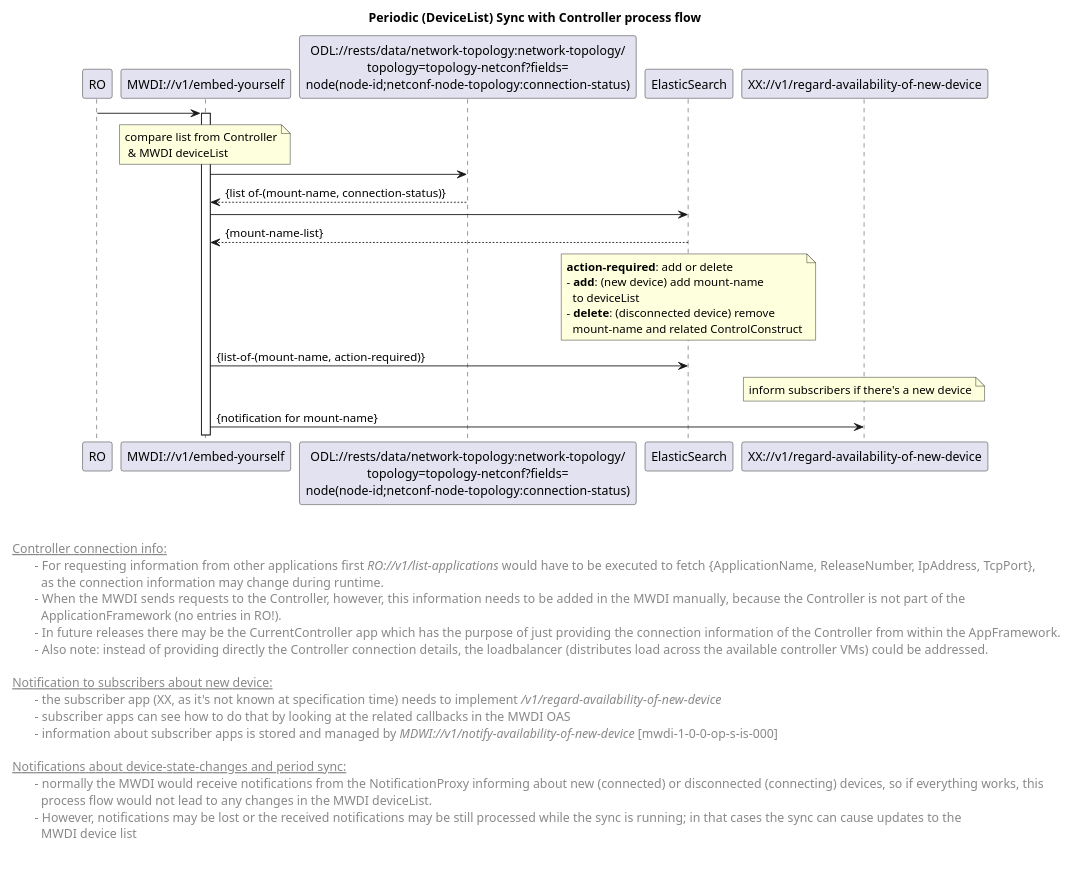
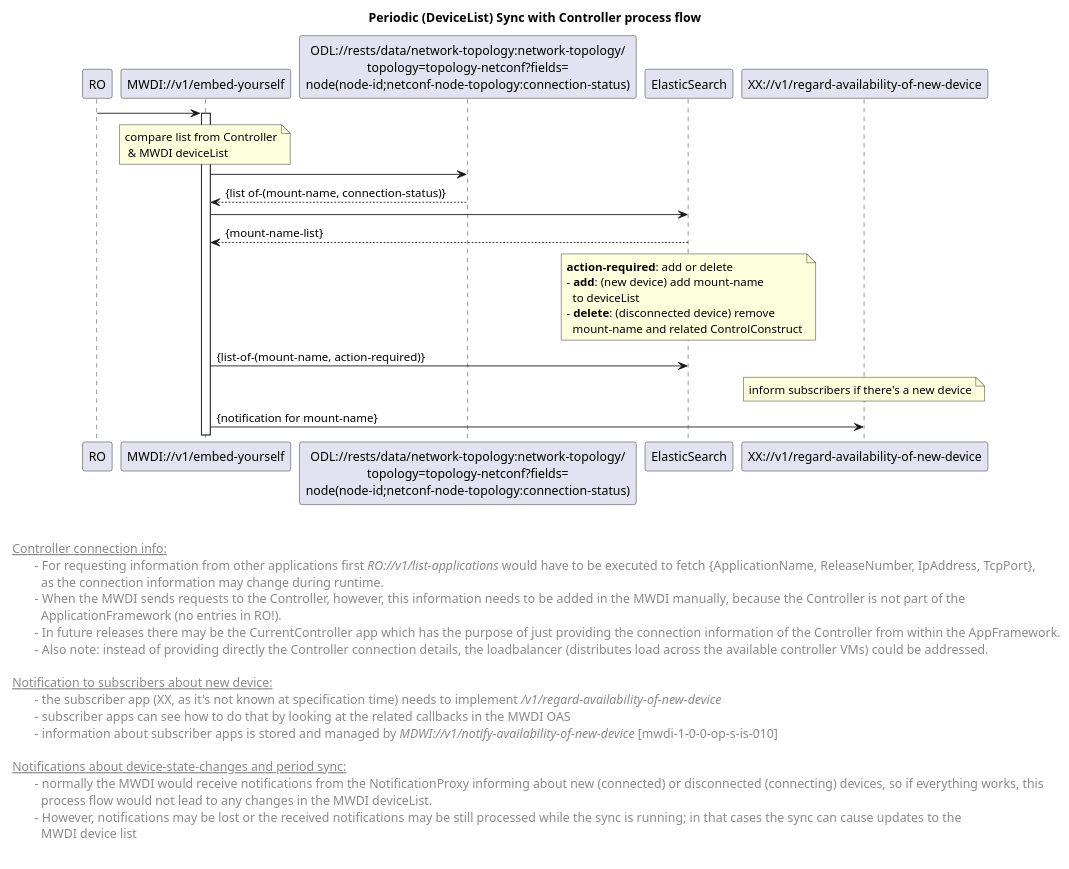
One commit to openBackhaul/MicroWaveDeviceInventory changed the diagram in spec/diagrams/01x_forwardingCyclicOperationDeviceListSync.plantuml. Above: the diagram before and after it, drawn with PlantUML. The commit also changed 7 other files, not shown here.

```diff
--- a/spec/diagrams/01x_forwardingCyclicOperationDeviceListSync.plantuml
+++ b/spec/diagrams/01x_forwardingCyclicOperationDeviceListSync.plantuml
@@ -1,81 +1,81 @@
 @startuml
 skinparam responseMessageBelowArrow true
 skinparam guillemet [ ]
 skinparam participant {
   StereotypeFontSize 12  
 }
 hide stereotype
 
 title  Periodic (DeviceList) Sync with Controller process flow
 
 
 'participants
 participant "RO" as ro
 participant "MWDI://v1/embed-yourself" as mwdi <<mwdi-1-0-0-op-s-bm-001>>
 participant "ODL://rests/data/network-topology:network-topology/\ntopology=topology-netconf?fields=\nnode(node-id;netconf-node-topology:connection-status)" as odlConnectionStatus <<mwdi-1-0-0-op-c-is-c-4-0-2-010>>
 participant "ElasticSearch" as es <<mwdi-1-0-0-es-c-es-1-0-0-000>>
 participant "XX://v1/regard-availability-of-new-device" as notificationToXX <<mwdi-1-0-0-op-c-is-xx-1-0-0-000>>
 
 
 ro -> mwdi
 activate mwdi
 
 'get deviceList from Controller
 note over mwdi: compare list from Controller\n & MWDI deviceList
 mwdi -> odlConnectionStatus
 odlConnectionStatus --> mwdi: {list of-(mount-name, connection-status)}
 
 'get MWDI deviceList from ElasticSearch 
 mwdi -> es
 es --> mwdi: {mount-name-list}
 
 'diff both lists and process devices accordingly
 note over es
  <b>action-required</b>: add or delete
  - <b>add</b>: (new device) add mount-name 
    to deviceList
  - <b>delete</b>: (disconnected device) remove 
    mount-name and related ControlConstruct
 end note 
 
 
 mwdi -> es: {list-of-(mount-name, action-required)}
 
 'inform subscribers about new device
 note over notificationToXX: inform subscribers if there's a new device
 mwdi -> notificationToXX: {notification for mount-name}
 
 
 
 left footer 
 
 
 <u> Controller connection info:</u>
 \t- For requesting information from other applications first <i>RO://v1/list-applications</i> would have to be executed to fetch {ApplicationName, ReleaseNumber, IpAddress, TcpPort}, 
 \t  as the connection information may change during runtime.
 \t-  When the MWDI sends requests to the Controller, however, this information needs to be added in the MWDI manually, because the Controller is not part of the 
 \t  ApplicationFramework (no entries in RO!). 
 \t-  In future releases there may be the CurrentController app which has the purpose of just providing the connection information of the Controller from within the AppFramework.
 \t-  Also note: instead of providing directly the Controller connection details, the loadbalancer (distributes load across the available controller VMs) could be addressed.
 
 <u> Notification to subscribers about new device:</u>
 \t- the subscriber app (XX, as it's not known at specification time) needs to implement <i>/v1/regard-availability-of-new-device</i>
 \t- subscriber apps can see how to do that by looking at the related callbacks in the MWDI OAS 
-\t- information about subscriber apps is stored and managed by <i>MDWI://v1/notify-availability-of-new-device</i> [mwdi-1-0-0-op-s-is-000]
+\t- information about subscriber apps is stored and managed by <i>MDWI://v1/notify-availability-of-new-device</i> [mwdi-1-0-0-op-s-is-010]
 
 <u> Notifications about device-state-changes and period sync<u>:
 \t- normally the MWDI would receive notifications from the NotificationProxy informing about new (connected) or disconnected (connecting) devices, so if everything works, this
 \t  process flow would not lead to any changes in the MWDI deviceList.
 \t- However, notifications may be lost or the received notifications may be still processed while the sync is running; in that cases the sync can cause updates to the 
 \t  MWDI device list 
 
 end footer
 
 <style>
 footer {
   HorizontalAlignment left
   FontSize 14
 }
 </style>
 
 @enduml
```
